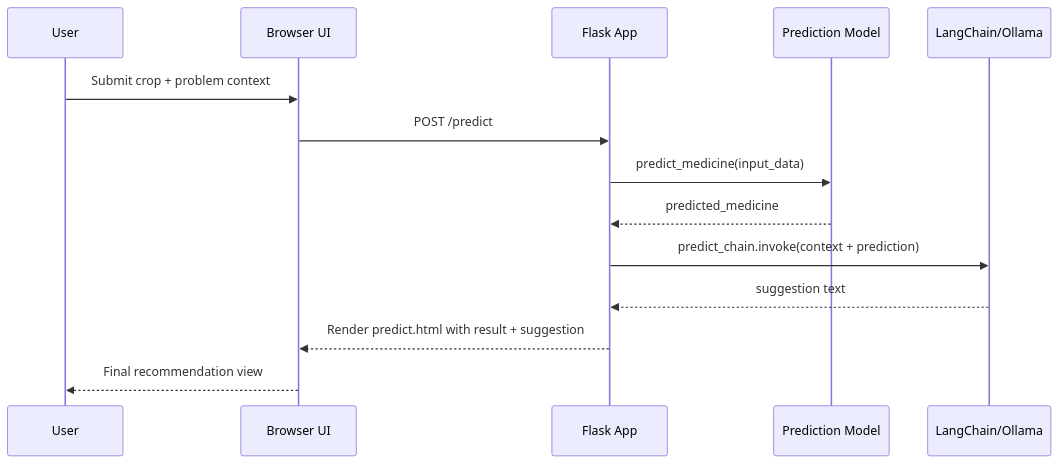
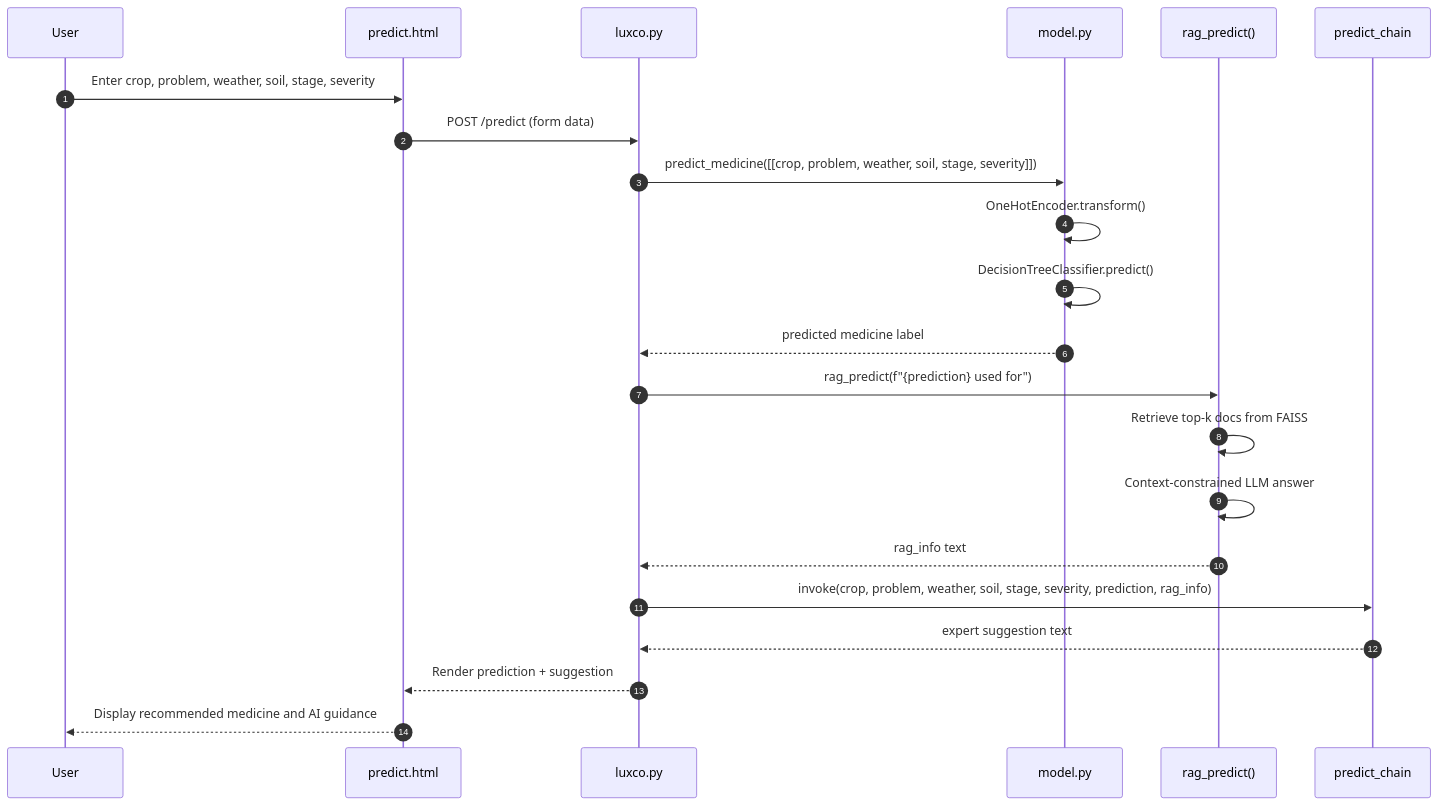
The third of 7 diagrams in README.md (debashish-5/-), drawn with Mermaid before and after one commit. The commit also changed other lines of this file, not shown here.

````diff
--- a/README.md
+++ b/README.md
@@ -129,17 +388,28 @@
 ```mermaid
 sequenceDiagram
+    autonumber
     participant User
-    participant UI as Browser UI
-    participant Flask as Flask App
-    participant ML as Prediction Model
-    participant LLM as LangChain/Ollama
+    participant PredictUI as predict.html
+    participant Flask as luxco.py
+    participant ML as model.py
+    participant RAG as rag_predict()
+    participant LLM as predict_chain
 
-    User->>UI: Submit crop + problem context
-    UI->>Flask: POST /predict
-    Flask->>ML: predict_medicine(input_data)
-    ML-->>Flask: predicted_medicine
-    Flask->>LLM: predict_chain.invoke(context + prediction)
-    LLM-->>Flask: suggestion text
-    Flask-->>UI: Render predict.html with result + suggestion
-    UI-->>User: Final recommendation view
+    User->>PredictUI: Enter crop, problem, weather, soil, stage, severity
+    PredictUI->>Flask: POST /predict (form data)
+    Flask->>ML: predict_medicine([[crop, problem, weather, soil, stage, severity]])
+    ML->>ML: OneHotEncoder.transform()
+    ML->>ML: DecisionTreeClassifier.predict()
+    ML-->>Flask: predicted medicine label
+
+    Flask->>RAG: rag_predict(f"{prediction} used for")
+    RAG->>RAG: Retrieve top-k docs from FAISS
+    RAG->>RAG: Context-constrained LLM answer
+    RAG-->>Flask: rag_info text
+
+    Flask->>LLM: invoke(crop, problem, weather, soil, stage, severity, prediction, rag_info)
+    LLM-->>Flask: expert suggestion text
+
+    Flask-->>PredictUI: Render prediction + suggestion
+    PredictUI-->>User: Display recommended medicine and AI guidance
 ```
````
